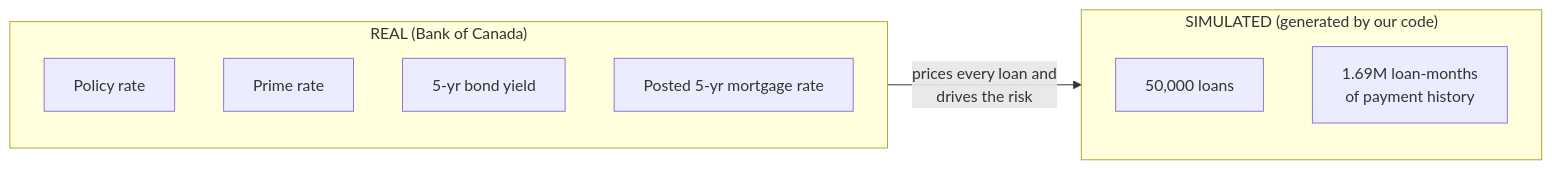
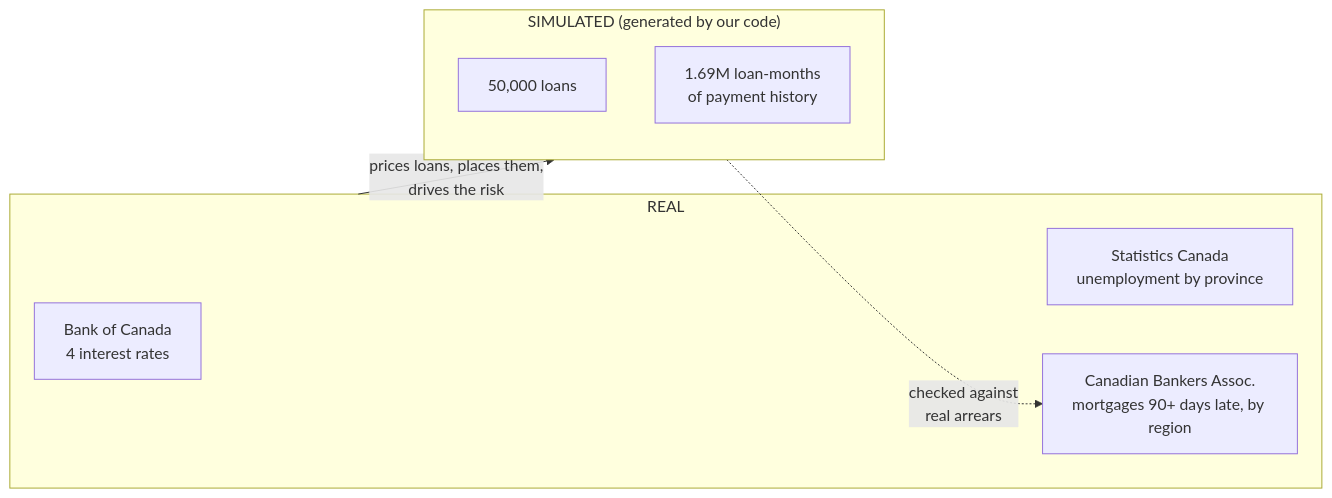
The sixth of 11 diagrams in docs/PROJECT_EXPLAINED.md (MokshJaiswal/canadian-credit-risk-analytics), drawn with Mermaid before and after one commit. The commit also changed other lines of this file and 3 other files, not shown here.

````diff
--- a/docs/PROJECT_EXPLAINED.md
+++ b/docs/PROJECT_EXPLAINED.md
@@ -382,14 +385,14 @@
 ```mermaid
 flowchart LR
-    subgraph REAL["REAL (Bank of Canada)"]
-        R1[Policy rate]
-        R2[Prime rate]
-        R3[5-yr bond yield]
-        R4[Posted 5-yr mortgage rate]
+    subgraph REAL["REAL"]
+        R1["Bank of Canada<br/>4 interest rates"]
+        R2["Statistics Canada<br/>unemployment by province"]
+        R3["Canadian Bankers Assoc.<br/>mortgages 90+ days late, by region"]
     end
     subgraph SIM["SIMULATED (generated by our code)"]
         S1[50,000 loans]
         S2[1.69M loan-months<br/>of payment history]
     end
-    REAL -->|"prices every loan and<br/>drives the risk"| SIM
+    REAL -->|"prices loans, places them,<br/>drives the risk"| SIM
+    SIM -.->|"checked against<br/>real arrears"| R3
 ```
````
